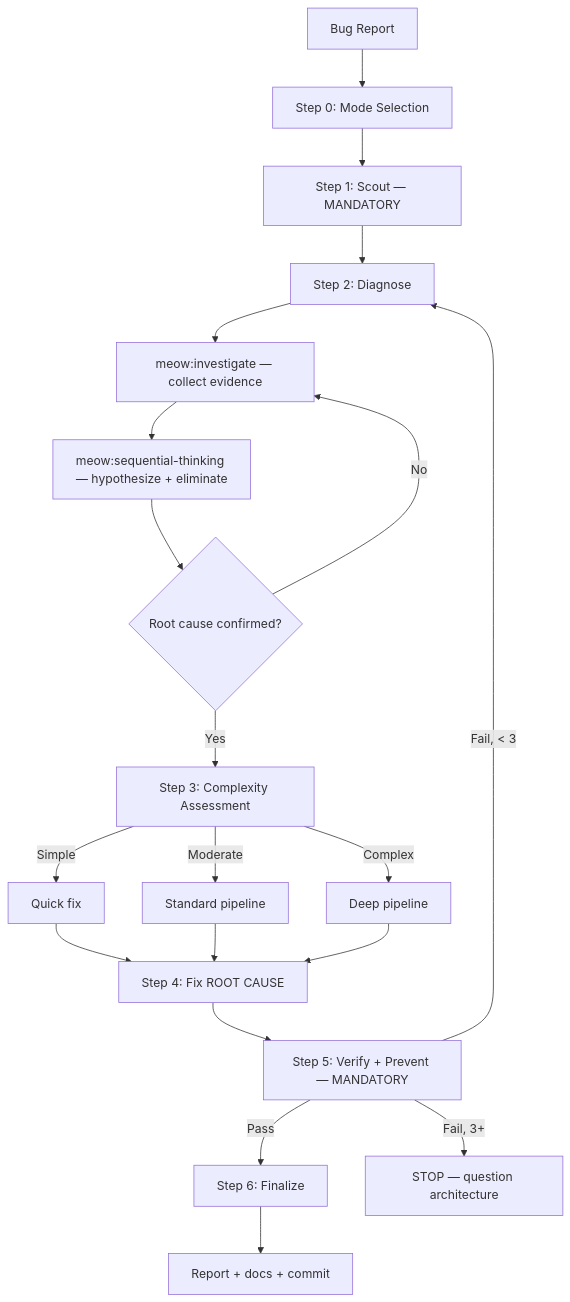
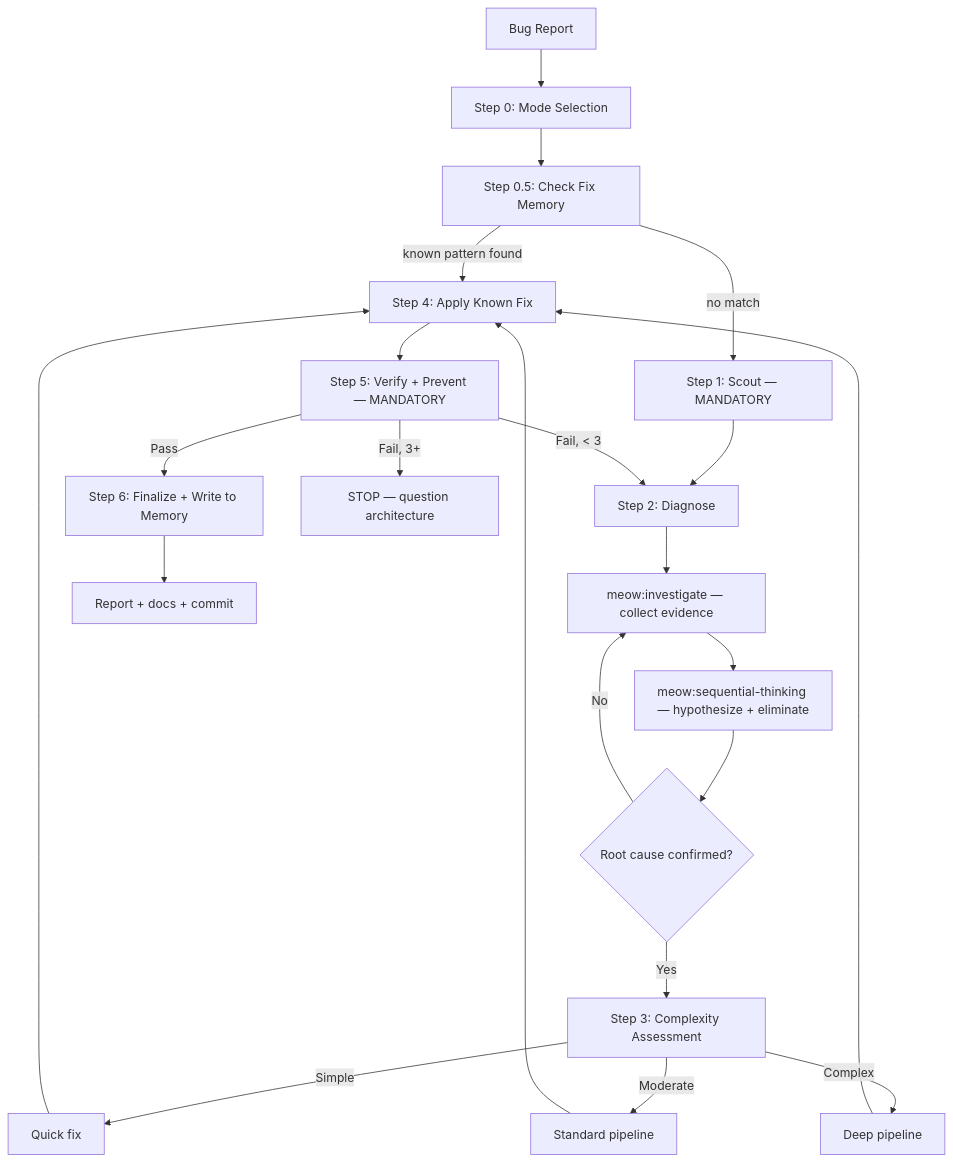
Before and after one commit to ngocsangyem/MeowKit: the diagram in website/reference/skills/fix.md, drawn with Mermaid. The commit also changed other lines of this file and 2 other files, not shown here.

````diff
--- a/website/reference/skills/fix.md
+++ b/website/reference/skills/fix.md
@@ -65,22 +65,24 @@
 ```mermaid
 flowchart TD
     A[Bug Report] --> B[Step 0: Mode Selection]
-    B --> C[Step 1: Scout — MANDATORY]
+    B --> B1[Step 0.5: Check Fix Memory]
+    B1 -->|known pattern found| K[Step 4: Apply Known Fix]
+    B1 -->|no match| C[Step 1: Scout — MANDATORY]
     C --> D[Step 2: Diagnose]
     D --> D1[meow:investigate — collect evidence]
     D1 --> D2[meow:sequential-thinking — hypothesize + eliminate]
     D2 --> E{Root cause confirmed?}
     E -->|Yes| F[Step 3: Complexity Assessment]
     E -->|No| D1
     F -->|Simple| G[Quick fix]
     F -->|Moderate| H[Standard pipeline]
     F -->|Complex| I[Deep pipeline]
-    G --> K[Step 4: Fix ROOT CAUSE]
+    G --> K
     H --> K
     I --> K
     K --> L[Step 5: Verify + Prevent — MANDATORY]
-    L -->|Pass| M[Step 6: Finalize]
+    L -->|Pass| M[Step 6: Finalize + Write to Memory]
     L -->|Fail, < 3| D
     L -->|Fail, 3+| N[STOP — question architecture]
     M --> O[Report + docs + commit]
 ```
````
